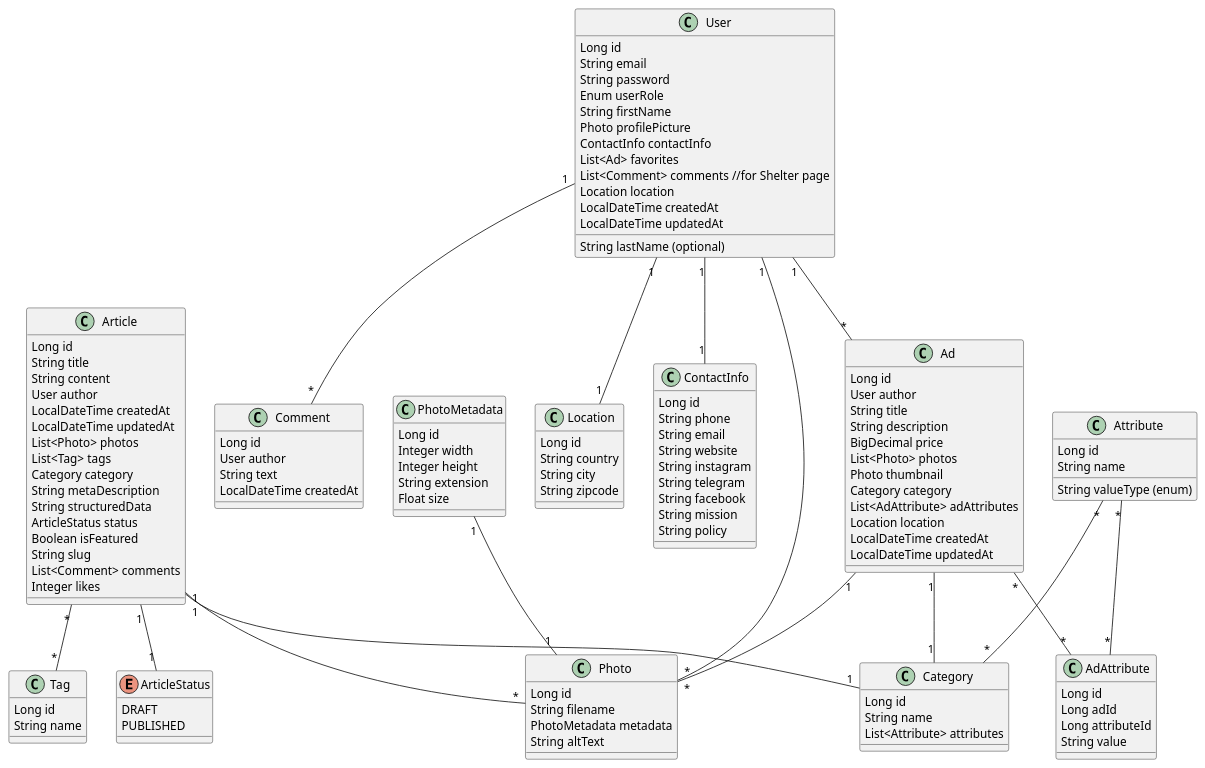
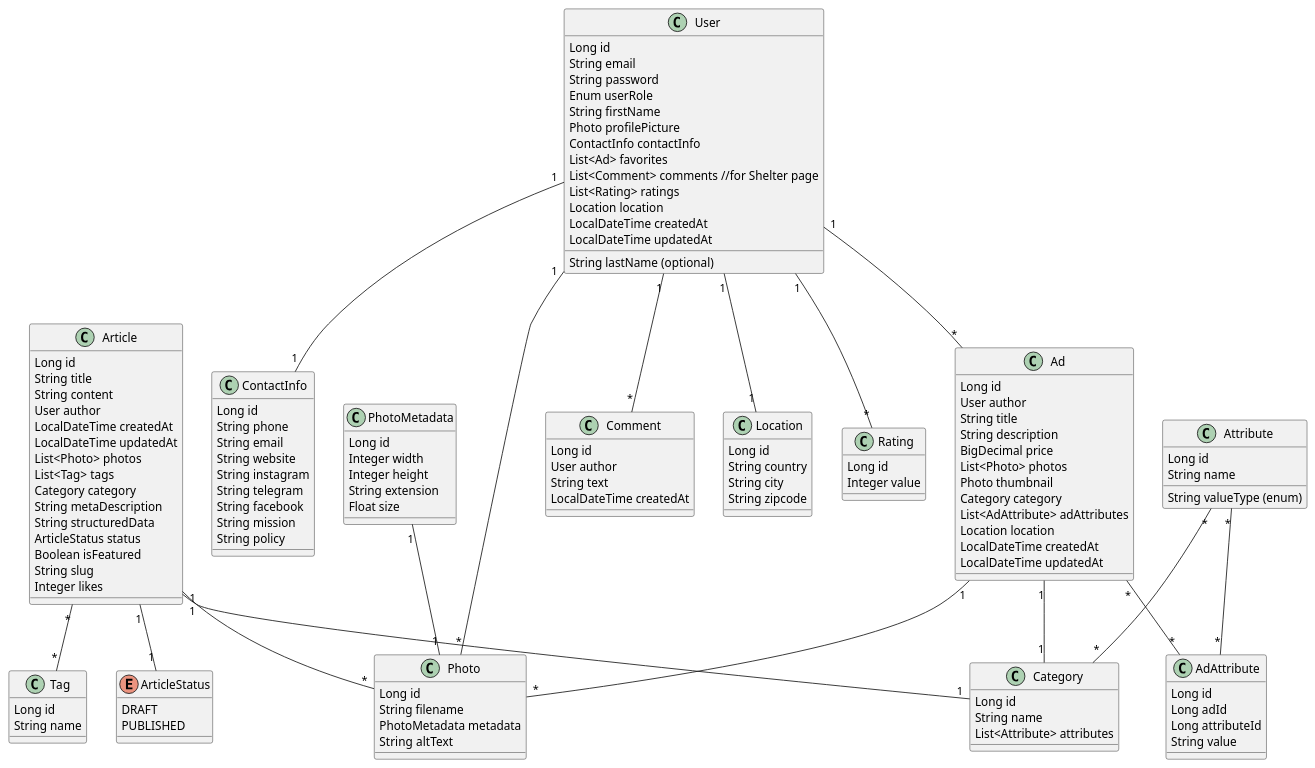
The diagram in docs/news-feature/article-class-diagram/article-class-diagram.puml (OleksandrProkopenkoDev/marketplace), drawn with PlantUML before and after one commit. The commit also changed 1 other file, not shown here.

Commit message:
class diagram with Articles upd

```diff
--- a/docs/news-feature/article-class-diagram/article-class-diagram.puml
+++ b/docs/news-feature/article-class-diagram/article-class-diagram.puml
@@ -1,139 +1,145 @@
 @startuml
 
 enum ArticleStatus {
   DRAFT
   PUBLISHED
 }
 
 class Article {
   Long id
   String title
   String content
   User author
   LocalDateTime createdAt
   LocalDateTime updatedAt
   List<Photo> photos
   List<Tag> tags
   Category category
   String metaDescription
   String structuredData
   ArticleStatus status
   Boolean isFeatured
   String slug
-  List<Comment> comments
   Integer likes
 }
 
 class Comment {
   Long id
   User author
   String text
   LocalDateTime createdAt
 }
 
 class Location {
   Long id
   String country
   String city
   String zipcode
 }
 
 class User {
   Long id
   String email
   String password
   Enum userRole
   String firstName
   String lastName (optional)
   Photo profilePicture
   ContactInfo contactInfo
   List<Ad> favorites
   List<Comment> comments //for Shelter page
+  List<Rating> ratings
   Location location
   LocalDateTime createdAt
   LocalDateTime updatedAt
+}
+
+class Rating{
+  Long id
+  Integer value
 }
 
 class ContactInfo {
   Long id
   String phone
   String email
   String website
   String instagram
   String telegram
   String facebook
   String mission
   String policy
 }
 
 class Ad {
   Long id
   User author
   String title
   String description
   BigDecimal price
   List<Photo> photos
   Photo thumbnail
   Category category
   List<AdAttribute> adAttributes
   Location location
   LocalDateTime createdAt
   LocalDateTime updatedAt
 }
 
 class Attribute {
   Long id
   String name
   String valueType (enum)
 }
 
 class Category {
   Long id
   String name
   List<Attribute> attributes
 }
 
 class Photo {
   Long id
   String filename
   PhotoMetadata metadata
   String altText
 }
 
 class PhotoMetadata {
   Long id
   Integer width
   Integer height
   String extension
   Float size
 }
 
 class AdAttribute {
   Long id
   Long adId
   Long attributeId
   String value
 }
 
 class Tag {
   Long id
   String name
 }
 
 Article "1" -- "*" Photo
 Article "*" -- "*" Tag
 Article "1" -- "1" Category
 Article "1" -- "1" ArticleStatus
 Ad "1" -- "*" Photo
 Ad "1" -- "1" Category
 User "1" -- "*" Ad
 User "1" -- "1" Location
 User "1" -- "*" Comment
+User "1" -- "*" Rating
 PhotoMetadata "1" -- "1" Photo
 User "1" -- "*" Photo
 Attribute "*" -- "*" Category
 User "1" -- "1" ContactInfo
 Ad "*" -- "*" AdAttribute
 Attribute "*" -- "*" AdAttribute
 
 @enduml
```
